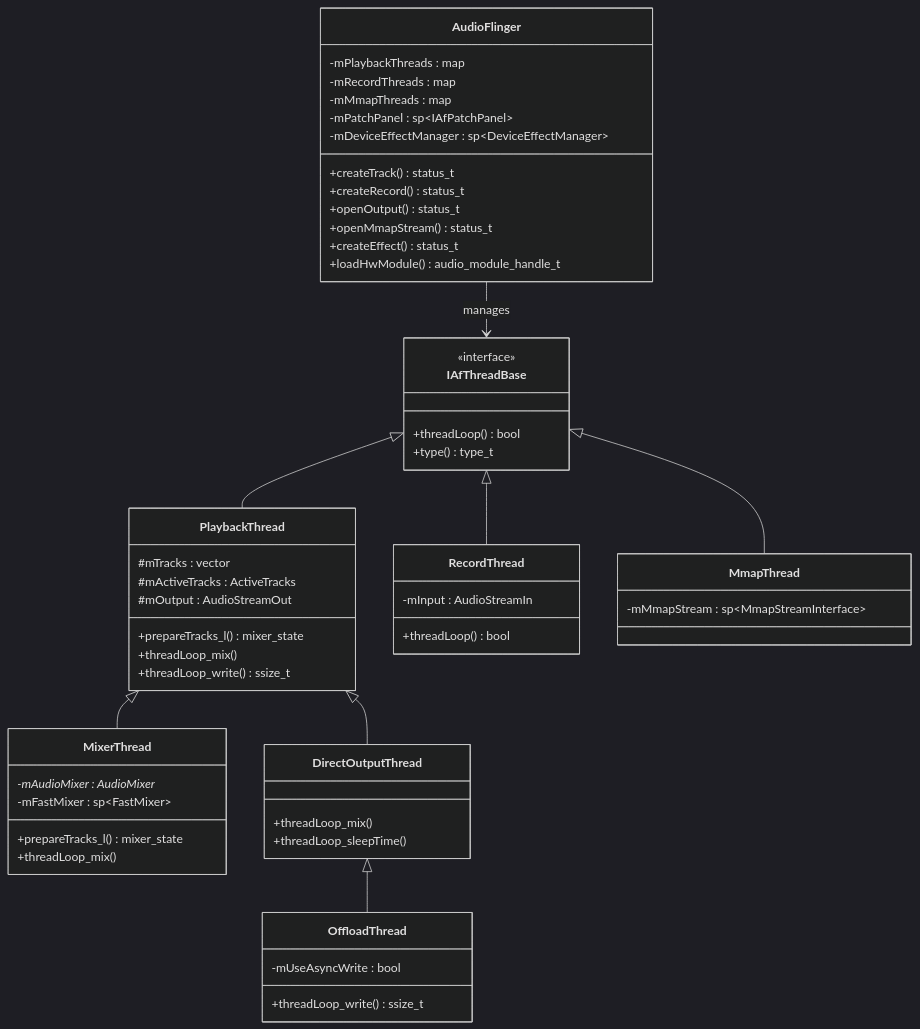
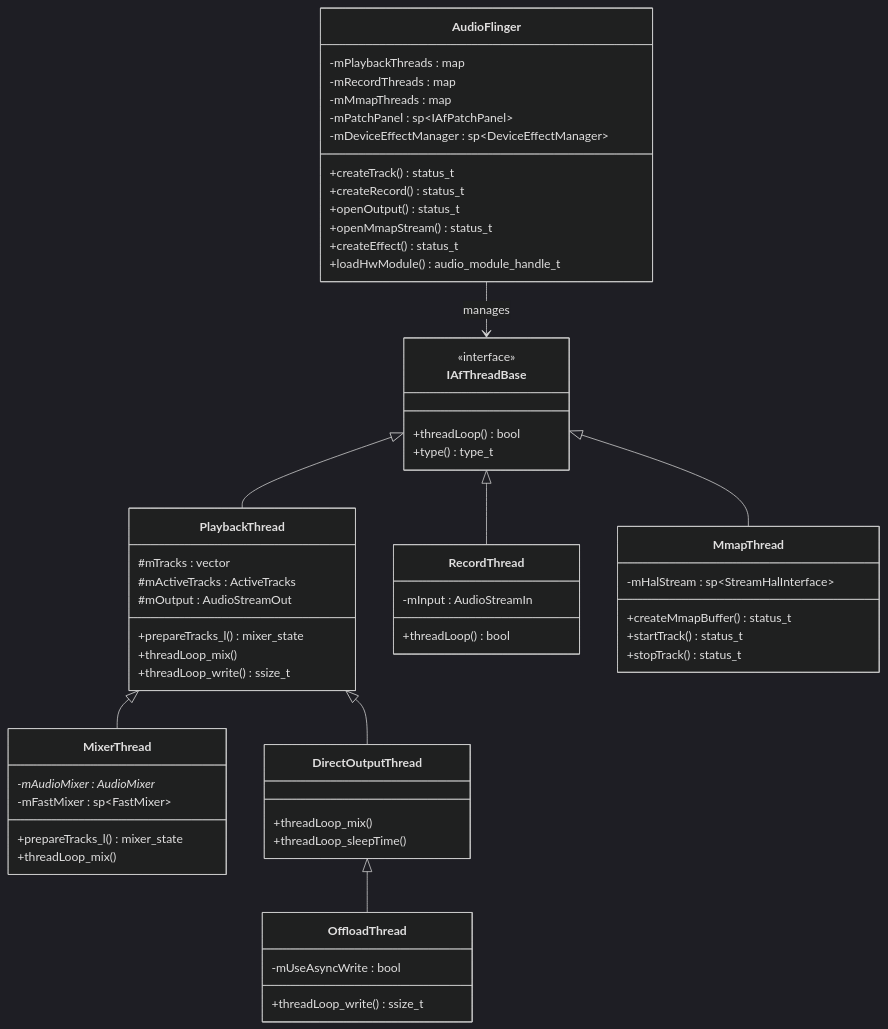
Before and after one commit to aospbooks/aosp-internal-book: the third of 26 diagrams in 15-audio-system.md, drawn with Mermaid (dark theme). The commit also changed other lines of this file and 218 other files, not shown here.

````diff
--- a/15-audio-system.md
+++ b/15-audio-system.md
@@ -368,65 +376,68 @@
 ```mermaid
 classDiagram
     class AudioFlinger {
         -mPlaybackThreads : map
         -mRecordThreads : map
         -mMmapThreads : map
         -mPatchPanel : sp~IAfPatchPanel~
         -mDeviceEffectManager : sp~DeviceEffectManager~
         +createTrack() status_t
         +createRecord() status_t
         +openOutput() status_t
         +openMmapStream() status_t
         +createEffect() status_t
         +loadHwModule() audio_module_handle_t
     }
 
     class IAfThreadBase {
         <<interface>>
         +threadLoop() bool
         +type() type_t
     }
 
     class PlaybackThread {
         #mTracks : vector
         #mActiveTracks : ActiveTracks
         #mOutput : AudioStreamOut
         +prepareTracks_l() mixer_state
         +threadLoop_mix()
         +threadLoop_write() ssize_t
     }
 
     class MixerThread {
         -mAudioMixer : AudioMixer*
         -mFastMixer : sp~FastMixer~
         +prepareTracks_l() mixer_state
         +threadLoop_mix()
     }
 
     class DirectOutputThread {
         +threadLoop_mix()
         +threadLoop_sleepTime()
     }
 
     class OffloadThread {
         -mUseAsyncWrite : bool
         +threadLoop_write() ssize_t
     }
 
     class RecordThread {
         -mInput : AudioStreamIn
         +threadLoop() bool
     }
 
     class MmapThread {
-        -mMmapStream : sp~MmapStreamInterface~
+        -mHalStream : sp~StreamHalInterface~
+        +createMmapBuffer() status_t
+        +startTrack() status_t
+        +stopTrack() status_t
     }
 
     AudioFlinger --> IAfThreadBase : manages
     IAfThreadBase <|-- PlaybackThread
     PlaybackThread <|-- MixerThread
     PlaybackThread <|-- DirectOutputThread
     DirectOutputThread <|-- OffloadThread
     IAfThreadBase <|-- RecordThread
     IAfThreadBase <|-- MmapThread
 ```
````
